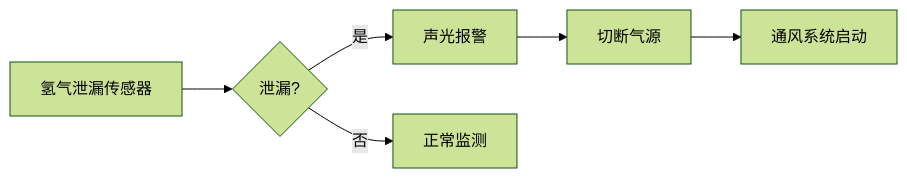
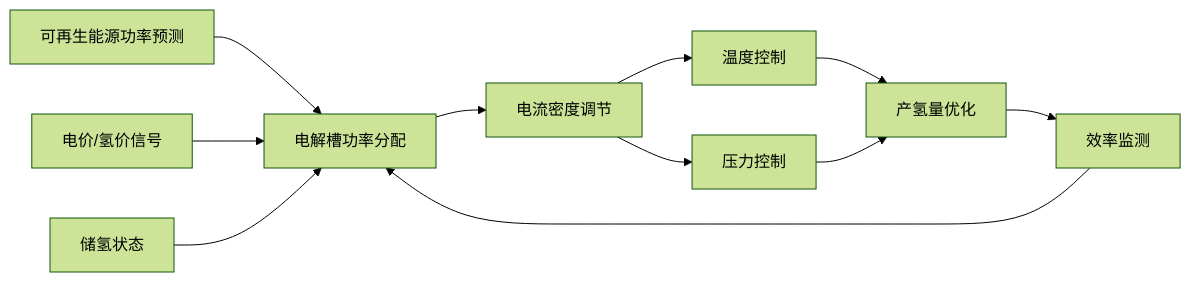
The third of 3 diagrams in topic-application-architecture/85-hydrogen-energy.md (kudig-io/kudig-database), drawn with Mermaid (forest theme) before and after one commit. The commit also changed other lines of this file and 8633 other files, not shown here.

````diff
--- a/topic-application-architecture/85-hydrogen-energy.md
+++ b/topic-application-architecture/85-hydrogen-energy.md
@@ -131,8 +205,12 @@
 ```mermaid
 flowchart LR
-    A[氢气泄漏传感器] --> B{泄漏?}
-    B -->|是| C[声光报警]
-    C --> D[切断气源]
-    D --> E[通风系统启动]
-    B -->|否| F[正常监测]
+    A[可再生能源功率预测] --> B[电解槽功率分配]
+    C[电价/氢价信号] --> B
+    D[储氢状态] --> B
+    B --> E[电流密度调节]
+    E --> F[温度控制]
+    E --> G[压力控制]
+    F & G --> H[产氢量优化]
+    H --> I[效率监测]
+    I --> B
 ```
````
